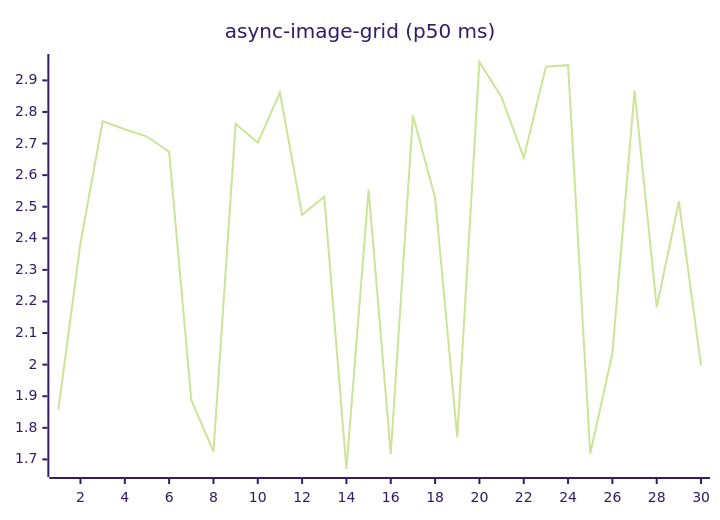
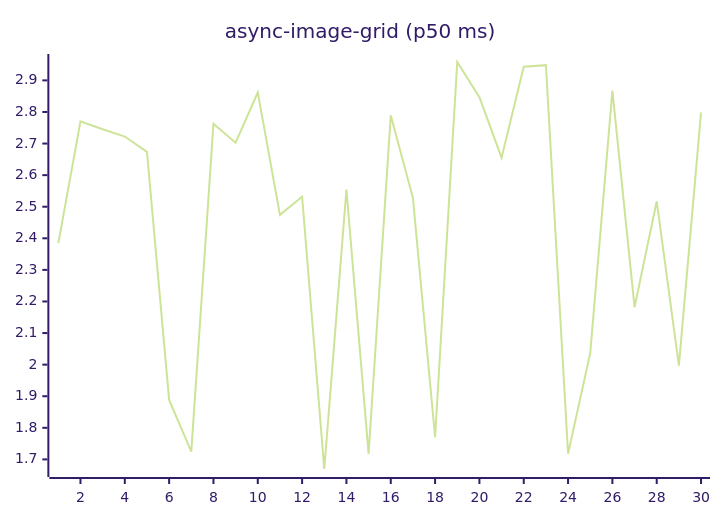
Before and after one commit to josha/Facet: the fifth of 27 diagrams in README.md, drawn with Mermaid (forest theme). The commit also changed other lines of this file and 2 other files, not shown here.

````diff
--- a/README.md
+++ b/README.md
@@ -91,6 +91,6 @@
 ```mermaid
 xychart-beta
     title "async-image-grid (p50 ms)"
     x-axis 1 --> 30
-    line [1.8565, 2.3845, 2.7705, 2.7451, 2.7222, 2.6737, 1.8884, 1.7244, 2.7624, 2.7026, 2.8617, 2.4742, 2.5316, 1.6696, 2.5539, 1.7175, 2.7892, 2.5277, 1.7701, 2.9582, 2.8471, 2.6552, 2.9433, 2.9481, 1.7177, 2.0365, 2.8674, 2.1819, 2.5171, 1.9970]
+    line [2.3845, 2.7705, 2.7451, 2.7222, 2.6737, 1.8884, 1.7244, 2.7624, 2.7026, 2.8617, 2.4742, 2.5316, 1.6696, 2.5539, 1.7175, 2.7892, 2.5277, 1.7701, 2.9582, 2.8471, 2.6552, 2.9433, 2.9481, 1.7177, 2.0365, 2.8674, 2.1819, 2.5171, 1.9970, 2.7988]
 ```
````
